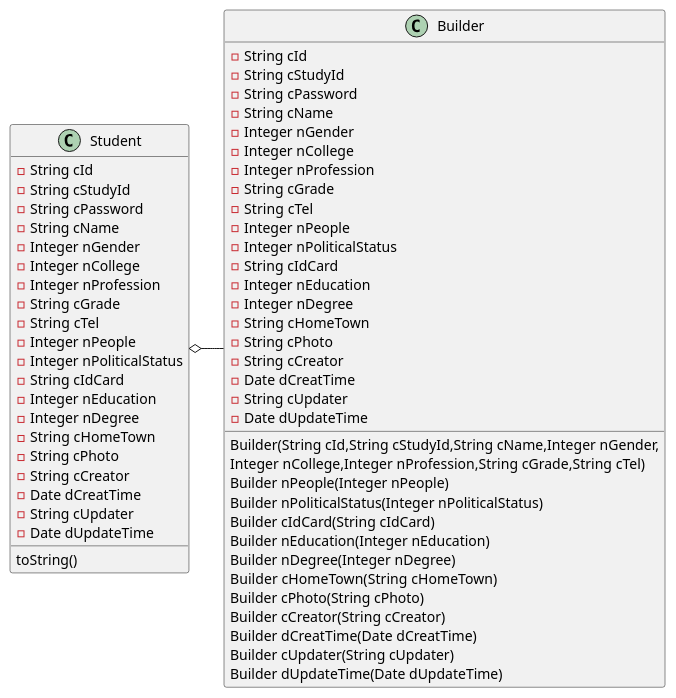
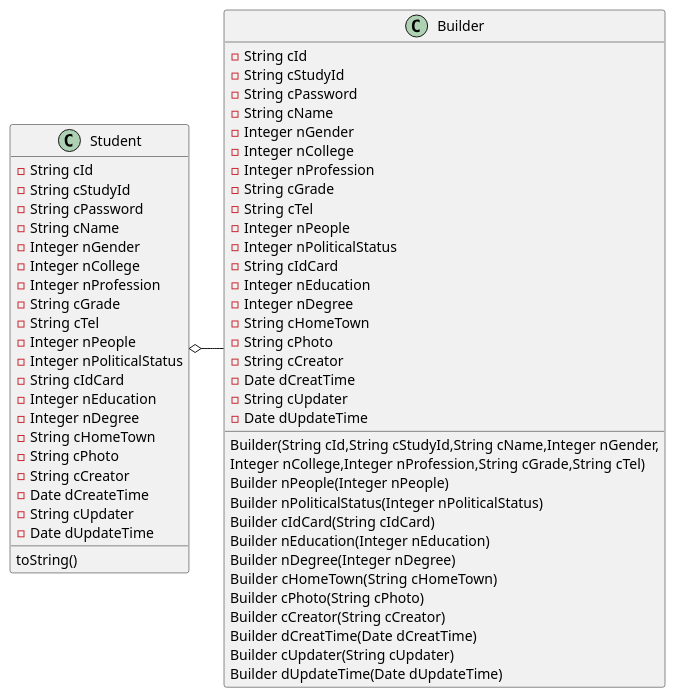
The diagram in uml/ClassDiagram/Student.puml (lbykang/SmartCampus), drawn with PlantUML before and after one commit.

Commit message:
类图

```diff
--- a/uml/ClassDiagram/Student.puml
+++ b/uml/ClassDiagram/Student.puml
@@ -1,61 +1,61 @@
 @startuml
 class Student{
 -String cId
 -String cStudyId
 -String cPassword
 -String cName
 -Integer nGender
 -Integer nCollege
 -Integer nProfession
 -String cGrade
 -String cTel
 -Integer nPeople
 -Integer nPoliticalStatus
 -String cIdCard
 -Integer nEducation
 -Integer nDegree
 -String cHomeTown
 -String cPhoto
 -String cCreator
--Date dCreatTime
+-Date dCreateTime
 -String cUpdater
 -Date dUpdateTime
 toString()
 }
 class Builder{
 -String cId
 -String cStudyId
 -String cPassword
 -String cName
 -Integer nGender
 -Integer nCollege
 -Integer nProfession
 -String cGrade
 -String cTel
 -Integer nPeople
 -Integer nPoliticalStatus
 -String cIdCard
 -Integer nEducation
 -Integer nDegree
 -String cHomeTown
 -String cPhoto
 -String cCreator
 -Date dCreatTime
 -String cUpdater
 -Date dUpdateTime
 Builder(String cId,String cStudyId,String cName,Integer nGender,
 Integer nCollege,Integer nProfession,String cGrade,String cTel)
 Builder nPeople(Integer nPeople)
 Builder nPoliticalStatus(Integer nPoliticalStatus)
 Builder cIdCard(String cIdCard)
 Builder nEducation(Integer nEducation)
 Builder nDegree(Integer nDegree)
 Builder cHomeTown(String cHomeTown)
 Builder cPhoto(String cPhoto)
 Builder cCreator(String cCreator)
 Builder dCreatTime(Date dCreatTime)
 Builder cUpdater(String cUpdater)
 Builder dUpdateTime(Date dUpdateTime)
 }
 Student o- Builder
 @enduml
```
